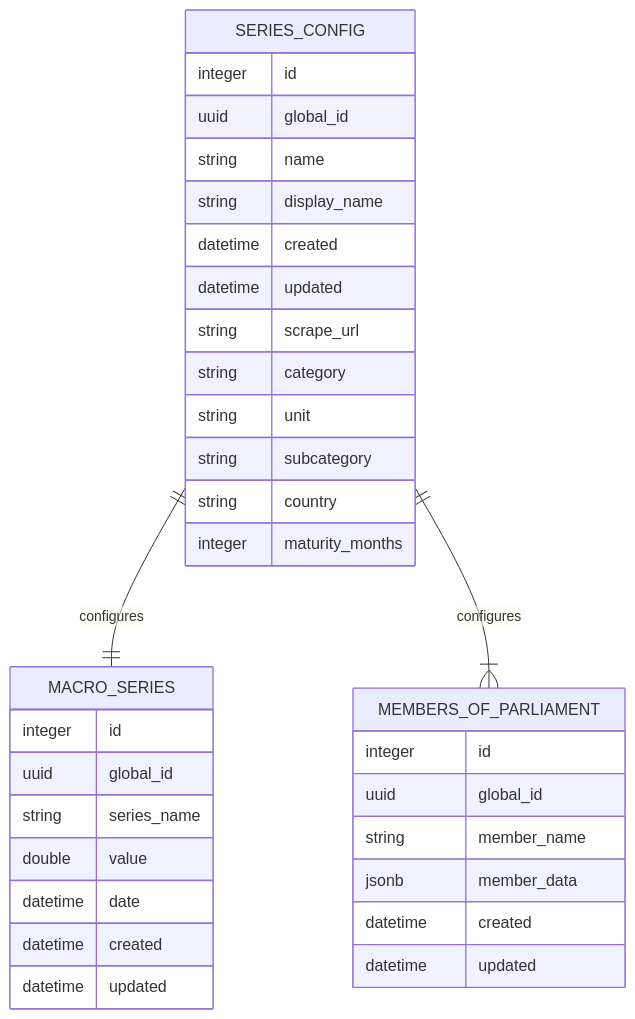
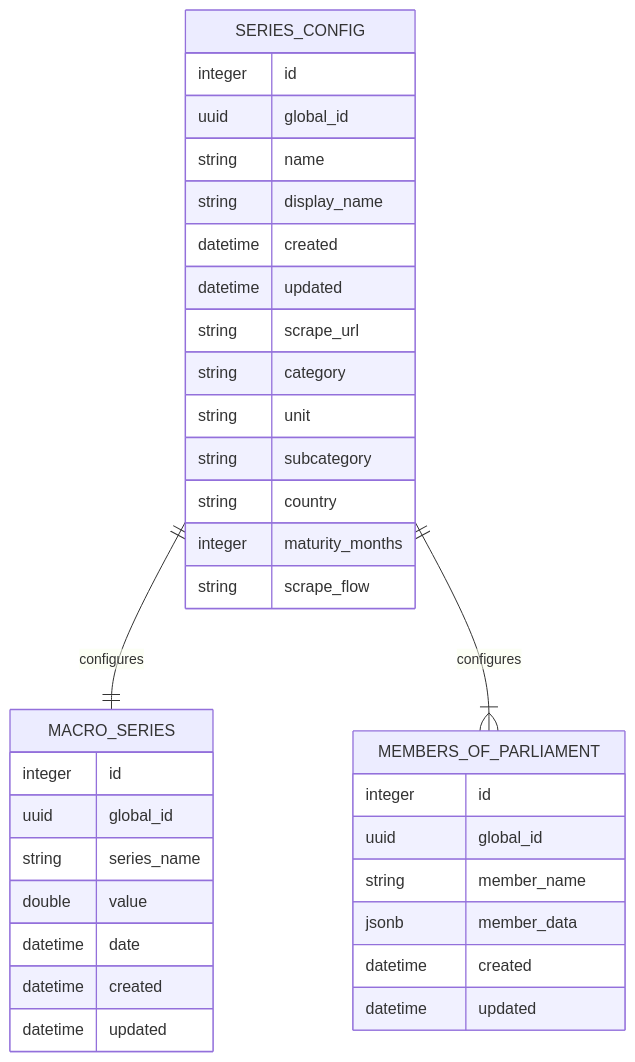
One commit to KGjertsson/macro-hub changed the third of 3 diagrams in macro-backend/macro-analyzer/README.md. Above: the diagram before and after it, drawn with Mermaid. The commit also changed other lines of this file and 29 other files, not shown here.

First line of the commit message:
refactor: data-driven scrape flows (#59)

````diff
--- a/macro-backend/macro-analyzer/README.md
+++ b/macro-backend/macro-analyzer/README.md
@@ -42,39 +42,40 @@
 ```mermaid
 erDiagram
     SERIES_CONFIG ||--|| MACRO_SERIES : configures
     SERIES_CONFIG ||--}| MEMBERS_OF_PARLIAMENT : configures
     
     SERIES_CONFIG {
         integer id
         uuid global_id
         string name
         string display_name
         datetime created
         datetime updated
         string scrape_url
         string category
         string unit
         string subcategory
         string country
         integer maturity_months
+        string scrape_flow
     }
     
     MACRO_SERIES {
         integer id
         uuid global_id
         string series_name
         double value
         datetime date
         datetime created
         datetime updated
     }
     
     MEMBERS_OF_PARLIAMENT {
         integer id
         uuid global_id
         string member_name
         jsonb member_data
         datetime created
         datetime updated
     }
 ```
````
